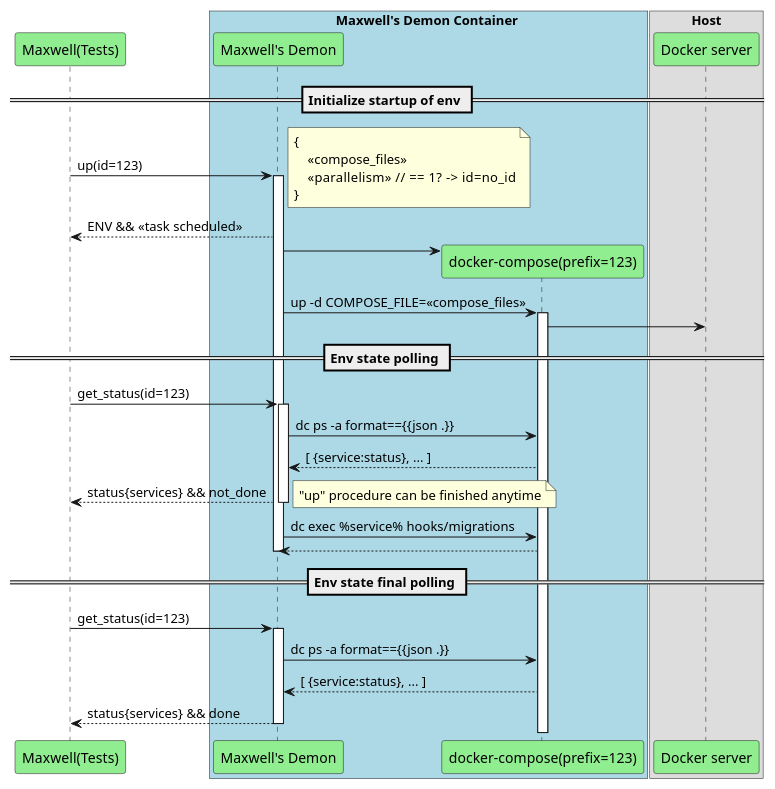
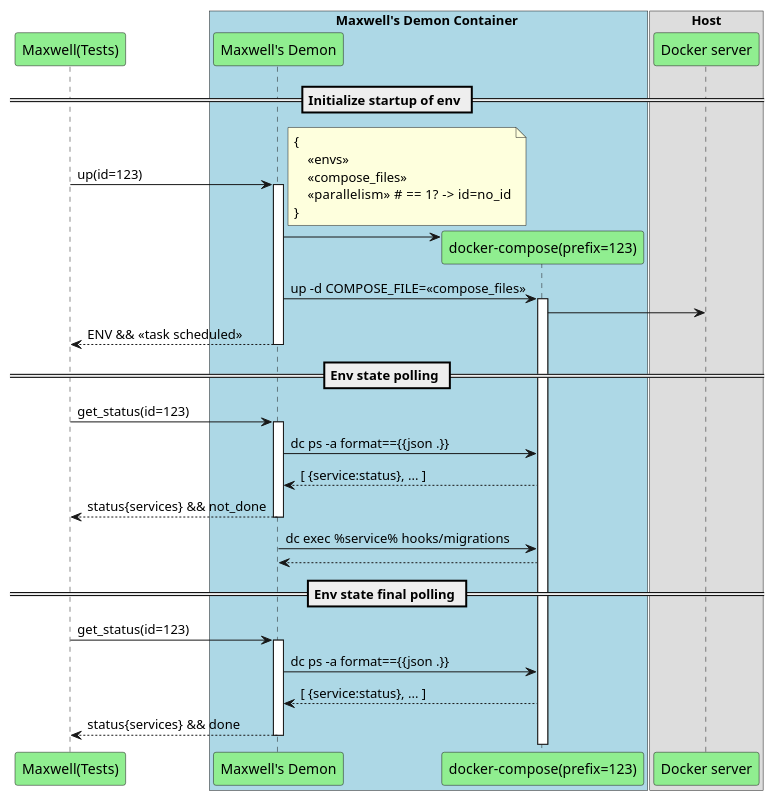
Before and after one commit to ko10ok/maxwelld: the diagram in ARCH.puml, drawn with PlantUML. The commit also changed 5 other files, not shown here.

```diff
--- a/ARCH.puml
+++ b/ARCH.puml
@@ -1,62 +1,63 @@
 @startuml
 participant "Maxwell(Tests)" #lightgreen
 
 
 box Maxwell's Demon Container #lightblue
 participant "Maxwell's Demon" #lightgreen
 
 == Initialize startup of env ==
 
 "Maxwell(Tests)" -> "Maxwell's Demon" : up(id=123)
 note right
 {
+    << envs >>
     << compose_files >>
-    << parallelism >> //  == 1?  ->  id=no_id
+    << parallelism >> # == 1?  ->  id=no_id
 }
 end note
 activate "Maxwell's Demon"
-"Maxwell(Tests)" <-- "Maxwell's Demon" : ENV && << task scheduled >>
 
 
 participant "docker-compose(prefix=123)" #lightgreen
 "Maxwell's Demon" -> "docker-compose(prefix=123)" **:
 
 "Maxwell's Demon" -> "docker-compose(prefix=123)": up -d COMPOSE_FILE=<< compose_files >>
 activate "docker-compose(prefix=123)"
 
 box Host
 participant "Docker server" #lightgreen
 end box
 
 "docker-compose(prefix=123)" -> "Docker server"
 
+"Maxwell(Tests)" <-- "Maxwell's Demon" : ENV && << task scheduled >>
+deactivate "Maxwell's Demon"
+
+
 == Env state polling ==
 
 "Maxwell(Tests)" -> "Maxwell's Demon" : get_status(id=123)
 activate "Maxwell's Demon"
 
 "Maxwell's Demon" -> "docker-compose(prefix=123)" : dc ps -a format=={{json .}}
 "Maxwell's Demon" <-- "docker-compose(prefix=123)" : [ {service:status}, ... ]
 
 return status{services} && not_done
 
-note right
-"up" procedure can be finished anytime
-end note
-
 
 "Maxwell's Demon" -> "docker-compose(prefix=123)": dc exec %service% hooks/migrations
 
 "Maxwell's Demon" <-- "docker-compose(prefix=123)"
-deactivate "Maxwell's Demon"
+
+
 
 == Env state final polling ==
 
 "Maxwell(Tests)" -> "Maxwell's Demon" : get_status(id=123)
 activate "Maxwell's Demon"
 
 "Maxwell's Demon" -> "docker-compose(prefix=123)" : dc ps -a format=={{json .}}
 "Maxwell's Demon" <-- "docker-compose(prefix=123)" : [ {service:status}, ... ]
 
 return status{services} && done
 @enduml
```
